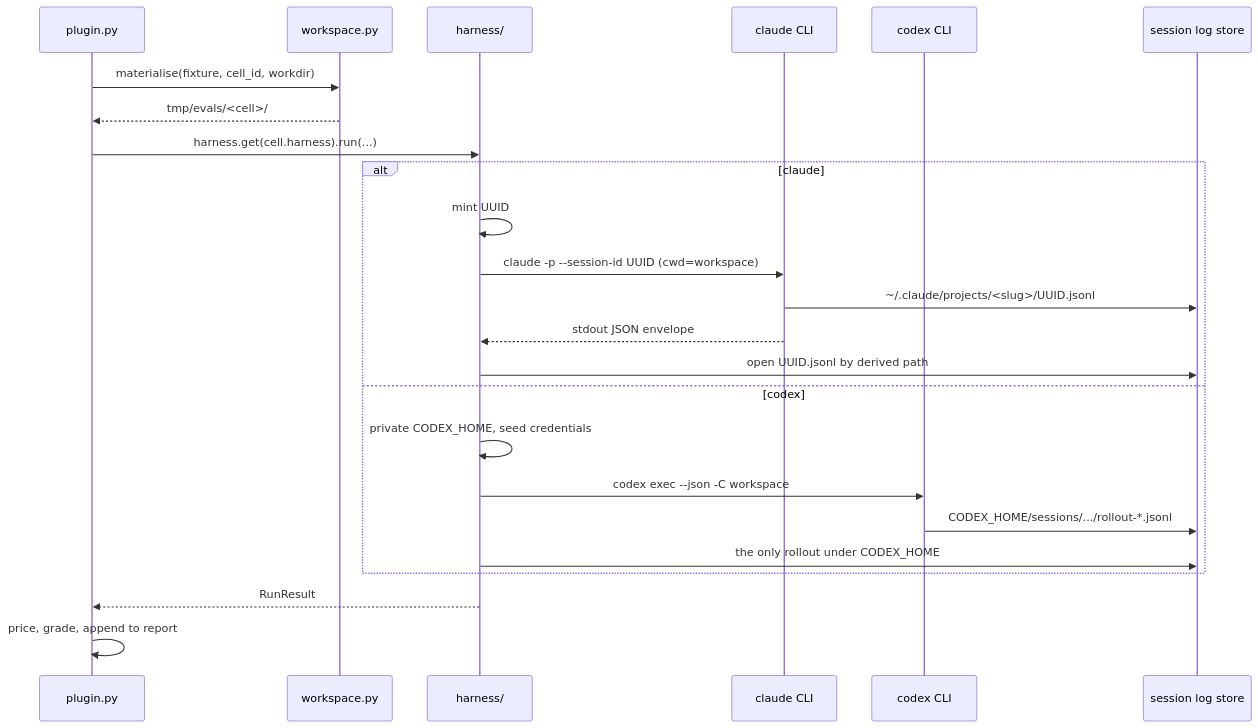
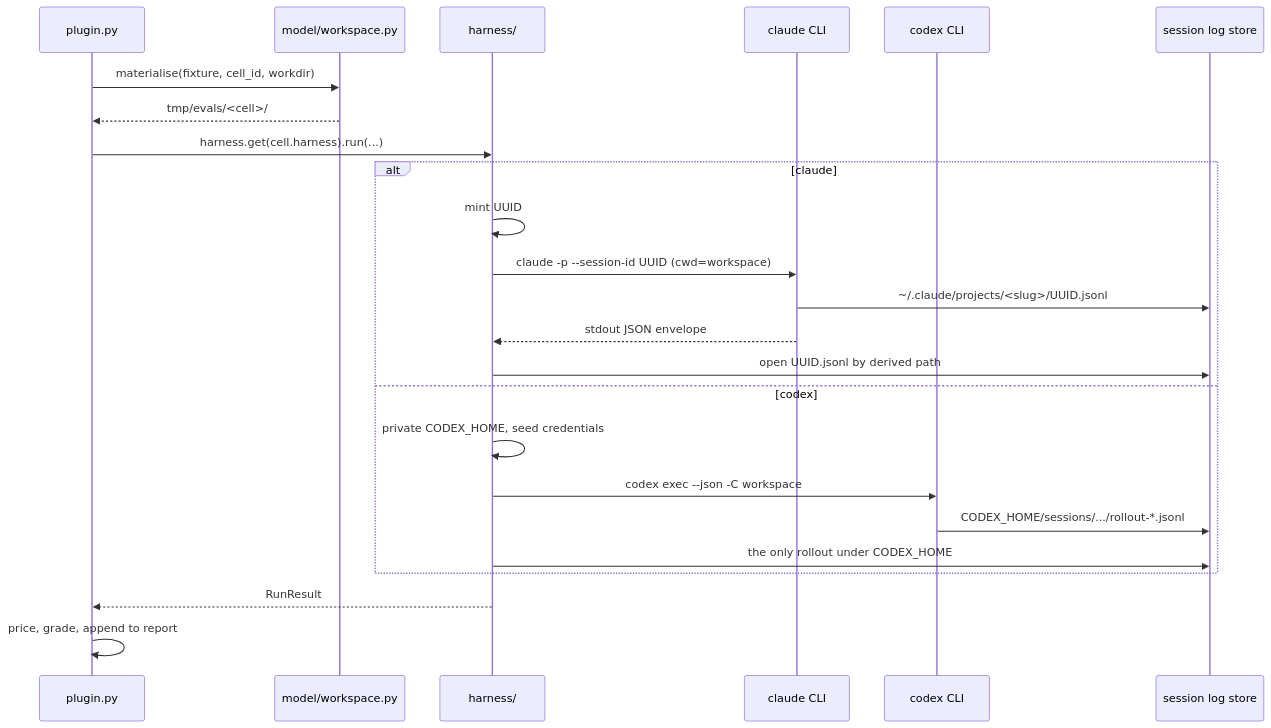
The second of 3 diagrams in ARCHITECTURE.md (neozenith/pytest-xharness-eval), drawn with Mermaid before and after one commit. The commit also changed other lines of this file and 38 other files, not shown here.

````diff
--- a/ARCHITECTURE.md
+++ b/ARCHITECTURE.md
@@ -46,27 +46,27 @@
 ```mermaid
 sequenceDiagram
     participant P as plugin.py
-    participant W as workspace.py
+    participant W as model/workspace.py
     participant R as harness/
     participant C as claude CLI
     participant X as codex CLI
     participant S as session log store
 
     P->>W: materialise(fixture, cell_id, workdir)
     W-->>P: tmp/evals/<cell>/
     P->>R: harness.get(cell.harness).run(...)
     alt claude
         R->>R: mint UUID
         R->>C: claude -p --session-id UUID (cwd=workspace)
         C->>S: ~/.claude/projects/<slug>/UUID.jsonl
         C-->>R: stdout JSON envelope
         R->>S: open UUID.jsonl by derived path
     else codex
         R->>R: private CODEX_HOME, seed credentials
         R->>X: codex exec --json -C workspace
         X->>S: CODEX_HOME/sessions/.../rollout-*.jsonl
         R->>S: the only rollout under CODEX_HOME
     end
     R-->>P: RunResult
     P->>P: price, grade, append to report
 ```
````
